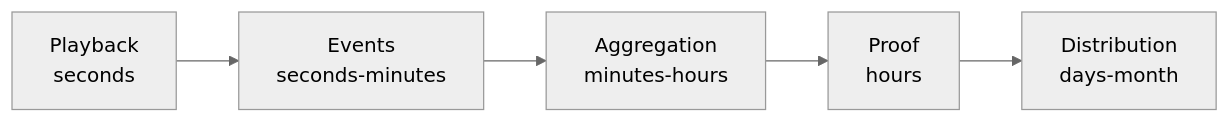
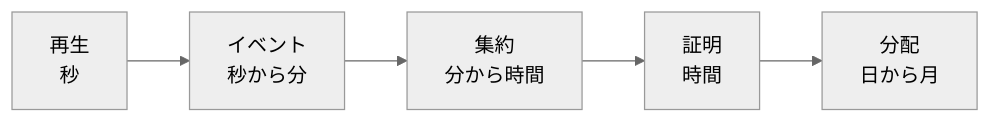
One commit to ShigeichiroYamasaki/creator-first-platform changed diagram 14 of 47 in docs/whitepaper/12-infrastructure-cost.md. Above: the diagram before and after it, drawn with Mermaid (neutral theme). The commit also changed other lines of this file and 72 other files, not shown here.

````diff
--- a/docs/whitepaper/12-infrastructure-cost.md
+++ b/docs/whitepaper/12-infrastructure-cost.md
@@ -591,10 +591,10 @@
 ```mermaid
 flowchart LR
-    PLAY[Playback<br/>seconds]
-    EVENT[Events<br/>seconds-minutes]
-    AGG[Aggregation<br/>minutes-hours]
-    PROOF[Proof<br/>hours]
-    PAY[Distribution<br/>days-month]
+    PLAY[再生<br/>秒]
+    EVENT[イベント<br/>秒から分]
+    AGG[集約<br/>分から時間]
+    PROOF[証明<br/>時間]
+    PAY[分配<br/>日から月]
 
     PLAY --> EVENT --> AGG --> PROOF --> PAY
 ```
````
